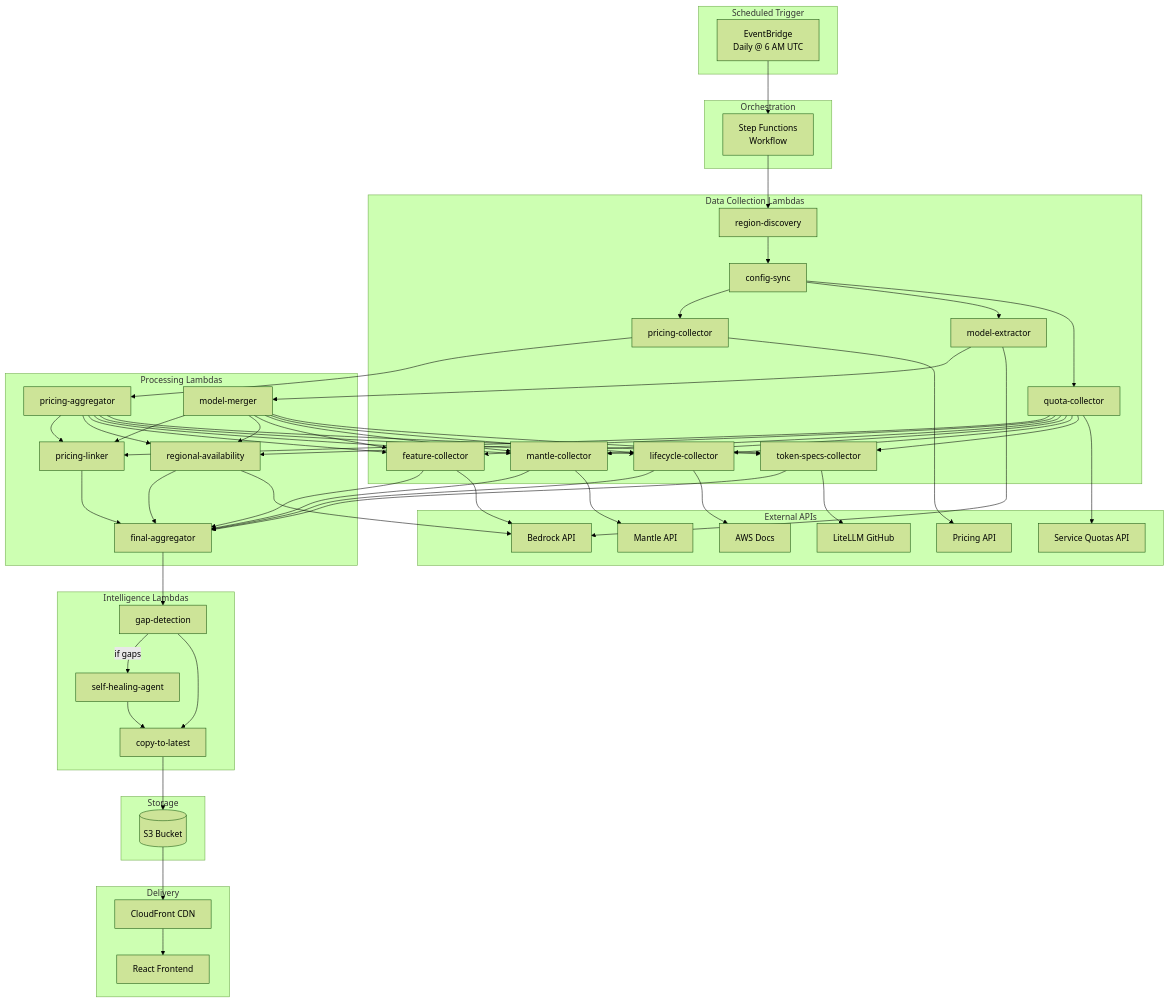
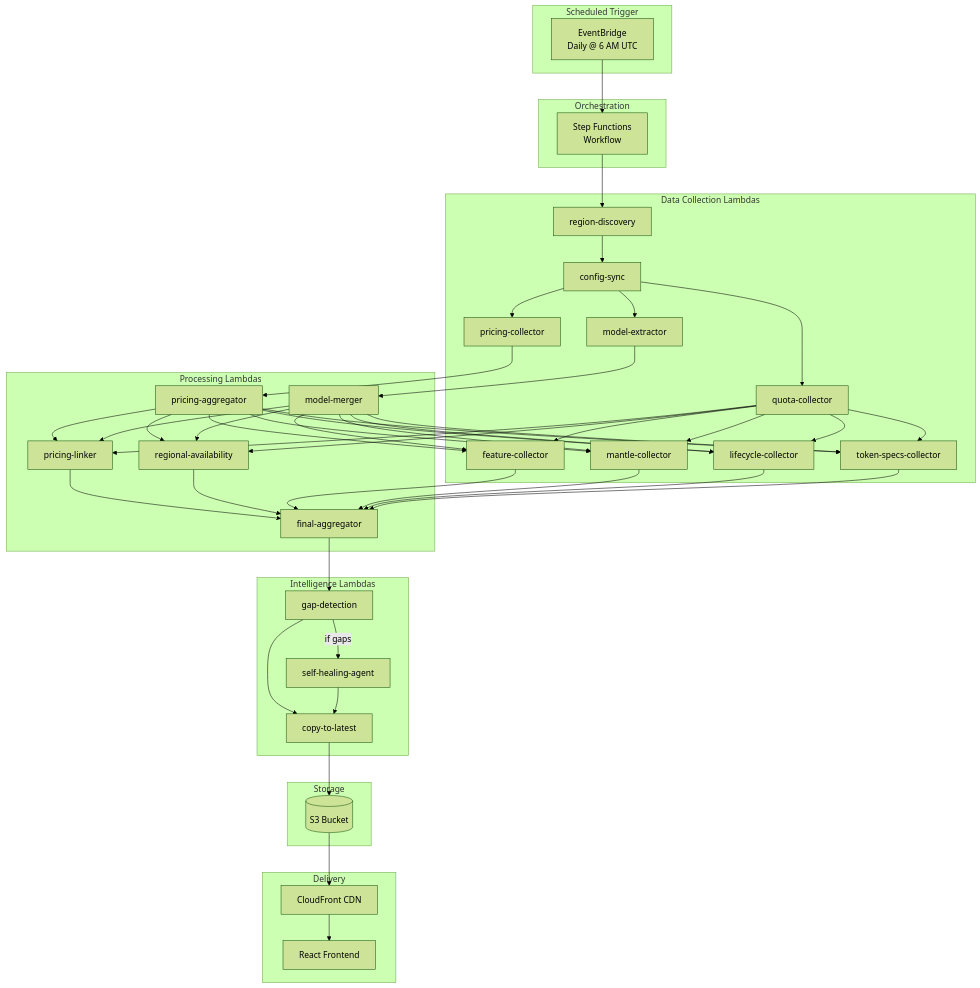
One commit to aws-samples/sample-bedrock-migration-and-modernization-tools changed the diagram in docs/ARCHITECTURE.md. Above: the diagram before and after it, drawn with Mermaid (forest theme). The commit also changed other lines of this file and 5 other files, not shown here.

````diff
--- a/docs/ARCHITECTURE.md
+++ b/docs/ARCHITECTURE.md
@@ -28,75 +123,59 @@
 ```mermaid
 graph TB
     subgraph "Scheduled Trigger"
         EB[EventBridge<br/>Daily @ 6 AM UTC]
     end
 
     subgraph "Orchestration"
         SF[Step Functions<br/>Workflow]
     end
 
     subgraph "Data Collection Lambdas"
         RD[region-discovery]
         CS[config-sync]
         PC[pricing-collector]
         ME[model-extractor]
         QC[quota-collector]
         FC[feature-collector]
         MC[mantle-collector]
         LC[lifecycle-collector]
         TS[token-specs-collector]
     end
 
     subgraph "Processing Lambdas"
         PA[pricing-aggregator]
         MM[model-merger]
         PL[pricing-linker]
         RA[regional-availability]
         FA[final-aggregator]
     end
 
     subgraph "Intelligence Lambdas"
         GD[gap-detection]
         SHA[self-healing-agent]
         CTL[copy-to-latest]
     end
 
     subgraph "Storage"
         S3[(S3 Bucket)]
     end
 
     subgraph "Delivery"
         CF[CloudFront CDN]
         FE[React Frontend]
     end
 
-    subgraph "External APIs"
-        BAPI[Bedrock API]
-        PAPI[Pricing API]
-        SQAPI[Service Quotas API]
-        MAPI[Mantle API]
-        DOCS[AWS Docs]
-        LLAPI[LiteLLM GitHub]
-    end
-
     EB --> SF
     SF --> RD --> CS
     CS --> PC & ME & QC
     PC --> PA
     ME --> MM
     PA & MM & QC --> PL & RA & FC & MC & LC & TS
     PL & RA & FC & MC & LC & TS --> FA
     FA --> GD
     GD -->|if gaps| SHA
     GD --> CTL
     SHA --> CTL
     CTL --> S3
     S3 --> CF --> FE
-
-    ME & RA & FC --> BAPI
-    PC --> PAPI
-    QC --> SQAPI
-    MC --> MAPI
-    LC --> DOCS
-    TS --> LLAPI
 ```
````
